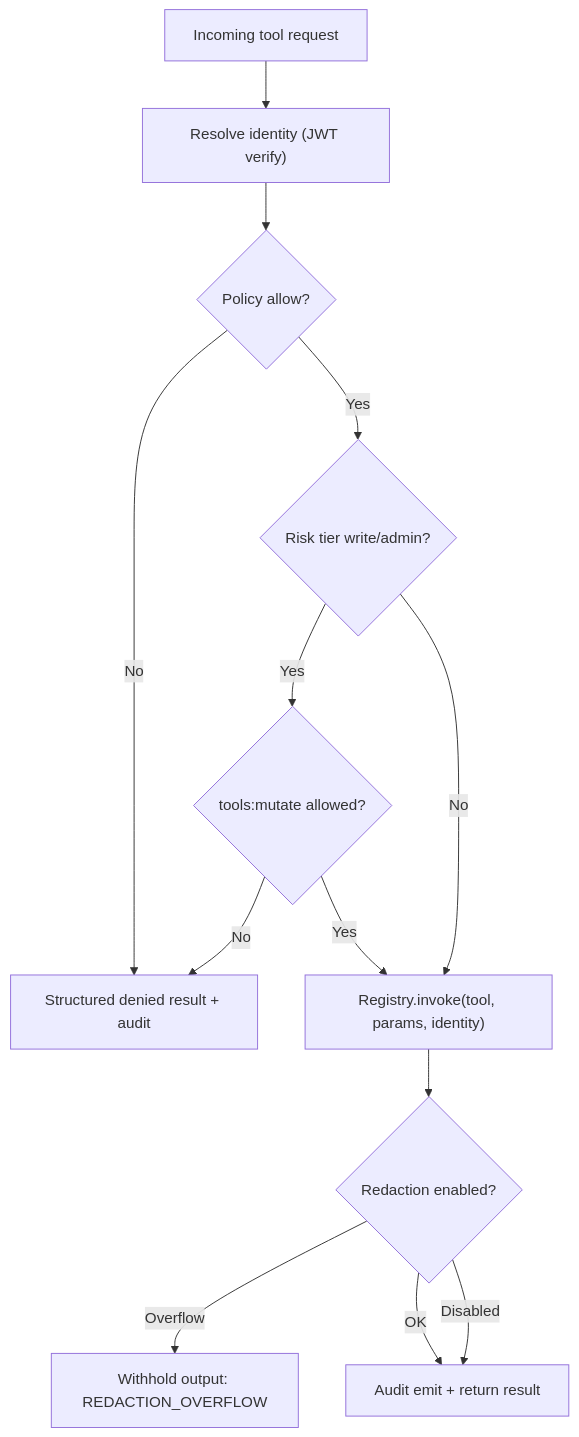
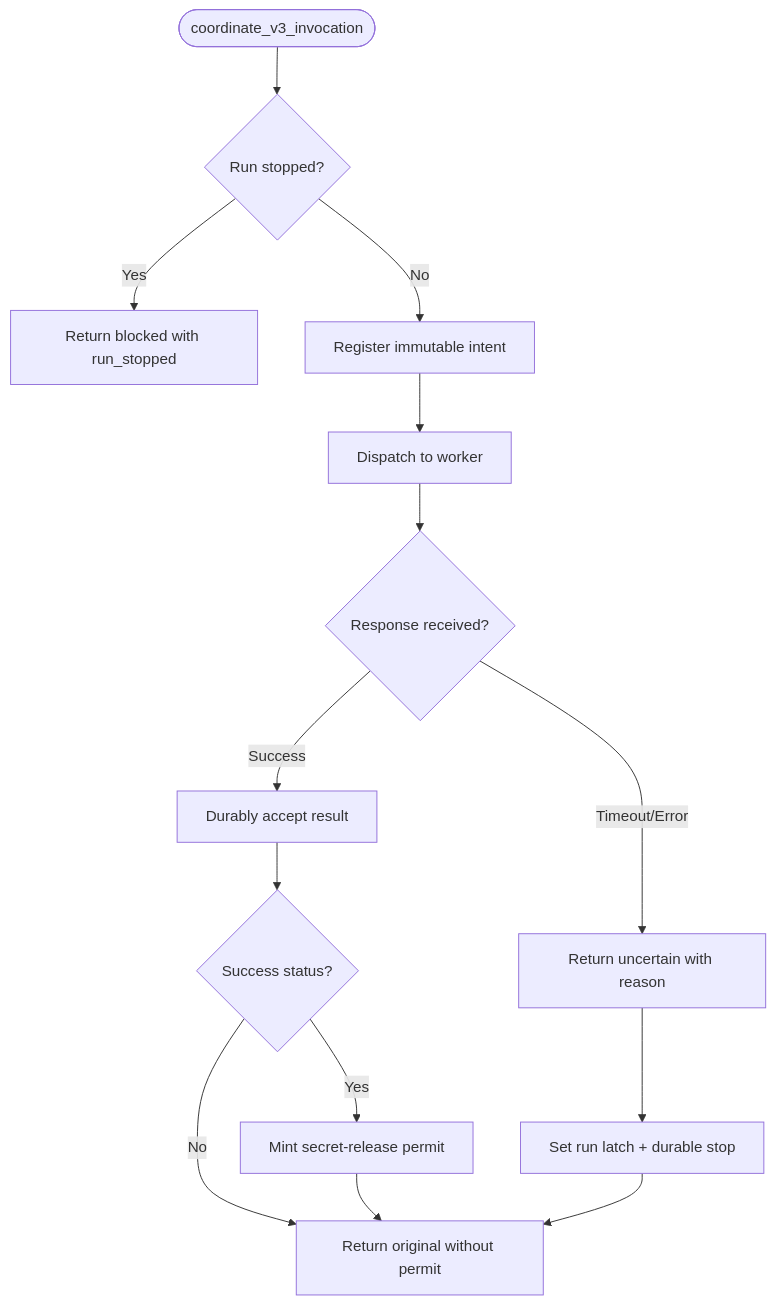
One commit to metasync/luban-aiops changed the third of 5 diagrams in .qoder/repowiki/en/content/Core Services/Agent Platform/Tool Execution Coordination.md. Above: the diagram before and after it, drawn with Mermaid. The commit also changed other lines of this file and 19 other files, not shown here.

````diff
--- a/.qoder/repowiki/en/content/Core Services/Agent Platform/Tool Execution Coordination.md
+++ b/.qoder/repowiki/en/content/Core Services/Agent Platform/Tool Execution Coordination.md
@@ -239,15 +175,16 @@
 ```mermaid
 flowchart TD
-Req["Incoming tool request"] --> Auth["Resolve identity (JWT verify)"]
-Auth --> Policy{"Policy allow?"}
-Policy --> |No| Deny["Structured denied result + audit"]
-Policy --> |Yes| Mutate{"Risk tier write/admin?"}
-Mutate --> |Yes| MutPolicy{"tools:mutate allowed?"}
-MutPolicy --> |No| Deny
-MutPolicy --> |Yes| Dispatch["Registry.invoke(tool, params, identity)"]
-Mutate --> |No| Dispatch
-Dispatch --> Redact{"Redaction enabled?"}
-Redact --> |Overflow| Withhold["Withhold output: REDACTION_OVERFLOW"]
-Redact --> |OK| Emit["Audit emit + return result"]
-Redact --> |Disabled| Emit
+Start(["coordinate_v3_invocation"]) --> CheckStop{"Run stopped?"}
+CheckStop --> |Yes| Stop["Return blocked with run_stopped"]
+CheckStop --> |No| Register["Register immutable intent"]
+Register --> Dispatch["Dispatch to worker"]
+Dispatch --> Result{"Response received?"}
+Result --> |Timeout/Error| Uncertain["Return uncertain with reason"]
+Result --> |Success| Accept["Durably accept result"]
+Accept --> Permit{"Success status?"}
+Permit --> |Yes| Mint["Mint secret-release permit"]
+Permit --> |No| Return["Return original without permit"]
+Mint --> Return
+Uncertain --> StopReport["Set run latch + durable stop"]
+StopReport --> Return
 ```
````
